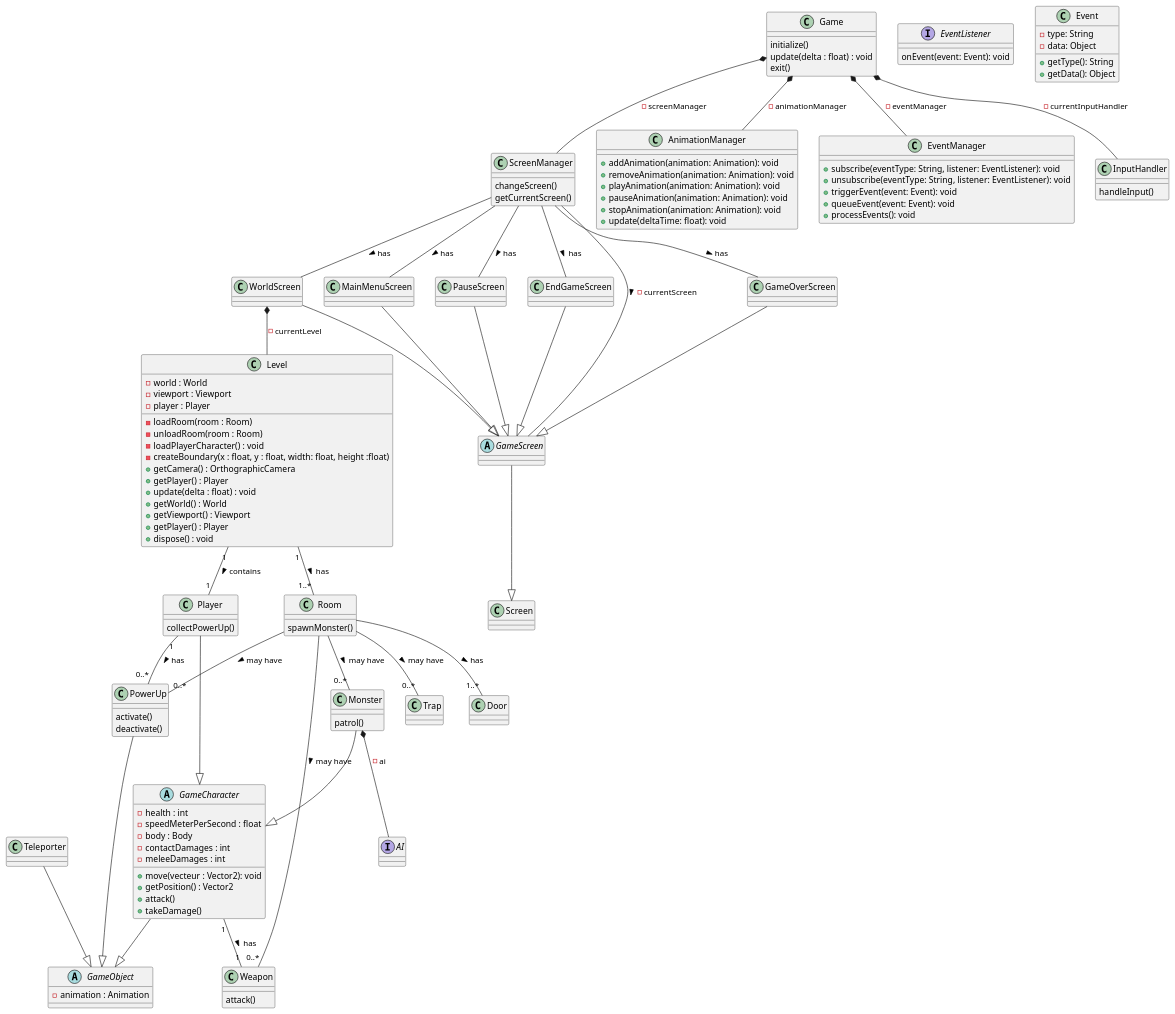
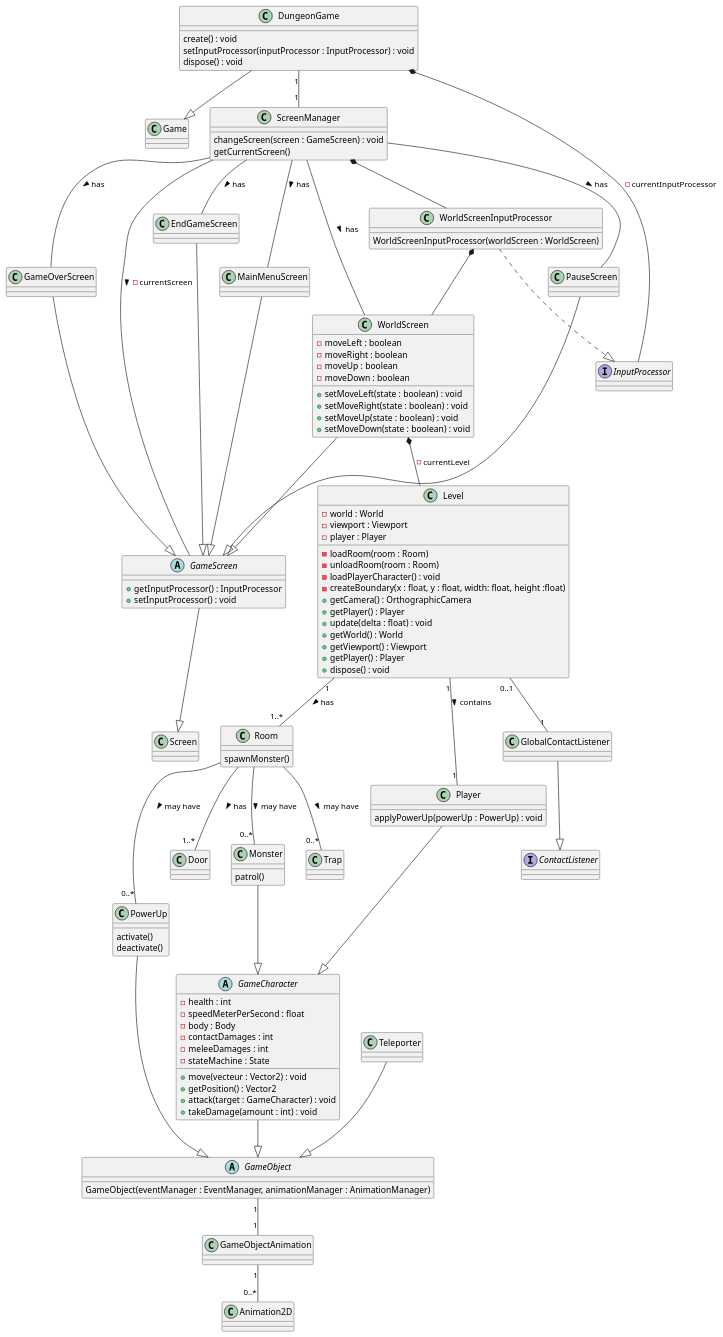
One commit to lmtb06/Dungeon changed the diagram in diagrammes/classes/sprint1version2.puml. Above: the diagram before and after it, drawn with PlantUML. The commit also changed 33 other files, not shown here.

```diff
--- a/diagrammes/classes/sprint1version2.puml
+++ b/diagrammes/classes/sprint1version2.puml
@@ -1,176 +1,178 @@
 @startuml
 
-class Game {
-    initialize()
-    update(delta : float) : void
-    exit()
+abstract class GameObject {
+    GameObject(eventManager : EventManager, animationManager : AnimationManager)
 }
 
-Game *-- ScreenManager : -screenManager
-Game *-- AnimationManager : -animationManager
-Game *-- EventManager : -eventManager
-Game *-- InputHandler : -currentInputHandler
 
-abstract class GameObject {
-    - animation : Animation
-}
 
 abstract class GameCharacter {
     - health : int
     - speedMeterPerSecond : float
     - body : Body
     - contactDamages : int
     - meleeDamages : int
-    + move(vecteur : Vector2): void
+    - stateMachine : State
+    + move(vecteur : Vector2) : void
     + getPosition() : Vector2
-    + attack()
-    + takeDamage()
+    + attack(target : GameCharacter) : void
+    + takeDamage(amount : int) : void
 }
 GameCharacter --|> GameObject
 
-GameCharacter "1" -- "1" Weapon : has >
 
 class Player {
-    collectPowerUp()
+    applyPowerUp(powerUp : PowerUp) : void
 }
 Player --|> GameCharacter
-Player "1" -- "0..*" PowerUp : has >
 
 
 class Monster {
     patrol()
 }
 Monster --|> GameCharacter
-Monster *-- AI : -ai
 
-class Weapon {
-    attack()
-}
+
 
 class PowerUp {
     activate()
     deactivate()
 }
 PowerUp --|> GameObject
 
 class Trap {
 
 }
 
 class Teleporter {
 
 }
 Teleporter --|> GameObject
 
 class Level {
     - world : World
     - viewport : Viewport
     - player : Player
     - loadRoom(room : Room)
     - unloadRoom(room : Room)
     - loadPlayerCharacter() : void
     - createBoundary(x : float, y : float, width: float, height :float)
     + getCamera() : OrthographicCamera
     + getPlayer() : Player
     + update(delta : float) : void
     + getWorld() : World
     + getViewport() : Viewport
     + getPlayer() : Player
     + dispose() : void
 }
 
 Level "1"--"1..*" Room : has >
 Level "1"--"1" Player : contains >
 
 class Room {
     spawnMonster()
 }
 
 Room -- "0..*" PowerUp : may have >
-Room -- "0..*" Weapon : may have >
 Room -- "1..*" Door : has >
 Room -- "0..*" Trap : may have >
 Room -- "0..*" Monster : may have >
 
 class Door {
 
 }
 
+
+class DungeonGame {
+    create() : void
+    setInputProcessor(inputProcessor : InputProcessor) : void
+    dispose() : void
+}
+DungeonGame --|> Game
+DungeonGame "1"--"1" ScreenManager
+DungeonGame *-- InputProcessor : -currentInputProcessor
+
 class ScreenManager {
-    changeScreen()
+    changeScreen(screen : GameScreen) : void
     getCurrentScreen()
 }
-
 ScreenManager -- GameScreen : -currentScreen >
 ScreenManager -- GameOverScreen : has >
 ScreenManager -- WorldScreen : has >
 ScreenManager -- MainMenuScreen : has >
 ScreenManager -- PauseScreen : has >
 ScreenManager -- EndGameScreen : has >
 
-abstract GameScreen {}
+abstract GameScreen {
+    + getInputProcessor() : InputProcessor
+    + setInputProcessor() : void
+}
 GameScreen --|> Screen
+
+MainMenuScreen --|> GameScreen
+WorldScreen --|> GameScreen
+PauseScreen --|> GameScreen
+GameOverScreen --|> GameScreen
+EndGameScreen --|> GameScreen
 
 class MainMenuScreen {
 
 }
 
+
 class WorldScreen {
-
+    - moveLeft : boolean
+    - moveRight : boolean
+    - moveUp : boolean
+    - moveDown : boolean
+    + setMoveLeft(state : boolean) : void
+    + setMoveRight(state : boolean) : void
+    + setMoveUp(state : boolean) : void
+    + setMoveDown(state : boolean) : void
 }
 WorldScreen *-- Level : -currentLevel
 
 class PauseScreen {
 
 }
 
 class GameOverScreen {
 
 }
 
 class EndGameScreen {
 
 }
 
-MainMenuScreen --|> GameScreen
-WorldScreen --|> GameScreen
-PauseScreen --|> GameScreen
-GameOverScreen --|> GameScreen
-EndGameScreen --|> GameScreen
+class WorldScreenInputProcessor {
+    WorldScreenInputProcessor(worldScreen : WorldScreen)
+}
+WorldScreenInputProcessor ..|> InputProcessor
+WorldScreenInputProcessor *-- WorldScreen
+interface InputProcessor
 
-class AnimationManager {
-    + addAnimation(animation: Animation): void
-    + removeAnimation(animation: Animation): void
-    + playAnimation(animation: Animation): void
-    + pauseAnimation(animation: Animation): void
-    + stopAnimation(animation: Animation): void
-    + update(deltaTime: float): void
+ ScreenManager *-- WorldScreenInputProcessor 
+
+GlobalContactListener --|> ContactListener
+
+interface ContactListener
+
+class GlobalContactListener{
+
 }
 
-class EventManager {
-    + subscribe(eventType: String, listener: EventListener): void
-    + unsubscribe(eventType: String, listener: EventListener): void
-    + triggerEvent(event: Event): void
-    + queueEvent(event: Event): void
-    + processEvents(): void
+Level "0..1"--"1" GlobalContactListener  
+
+class Animation2D {
+
 }
 
-interface EventListener {
-    onEvent(event: Event): void
+class GameObjectAnimation {
+    
 }
 
-class Event {
-    - type: String
-    - data: Object
-    + getType(): String
-    + getData(): Object
-}
+GameObjectAnimation "1"--"0..*" Animation2D  
 
-class InputHandler {
-    handleInput()
-}
-
-interface AI {
-}
+GameObject "1"--"1" GameObjectAnimation  
 
 @enduml
```
